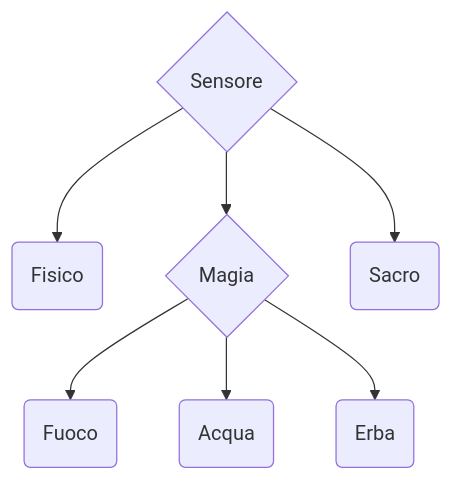
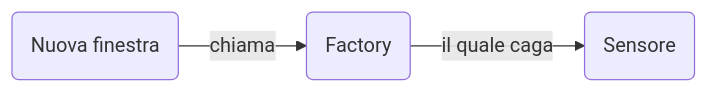
Before and after one commit to SerpenTaki/ProgettoP2: the diagram in Readme.md, drawn with Mermaid. The commit also changed other lines of this file, not shown here.

````diff
--- a/Readme.md
+++ b/Readme.md
@@ -11,9 +5,6 @@
 ```mermaid
-flowchart TD
-A{Sensore} --> B(Fisico)
-A --> C{Magia}
-C --> D(Fuoco)
-C --> E(Acqua)
-C --> F(Erba)
-A --> G(Sacro)
+graph LR
+A(Nuova finestra) --> | chiama | B(Factory)
+B --> | il quale caga | C(Sensore)
+
 ```
````
